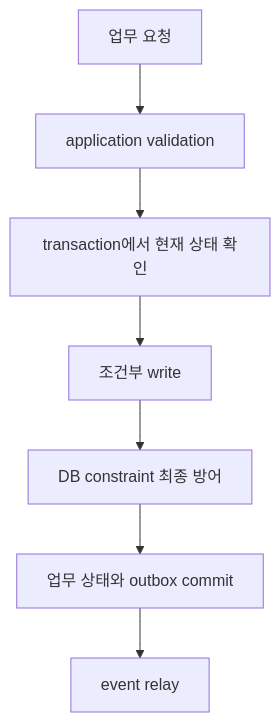
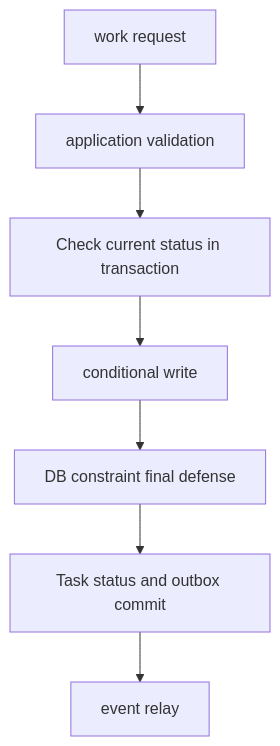
Before and after one commit to nohdol97/nohdol-study: the diagram in docs-site/content/backend-engineering/02-domain-data-transaction.md, drawn with Mermaid. The commit also changed other lines of this file and 116 other files, not shown here.

````diff
--- a/docs-site/content/backend-engineering/02-domain-data-transaction.md
+++ b/docs-site/content/backend-engineering/02-domain-data-transaction.md
@@ -31,9 +31,9 @@
 ```mermaid
 flowchart TD
-    R[업무 요청] --> V[application validation]
-    V --> T[transaction에서 현재 상태 확인]
-    T --> W[조건부 write]
-    W --> C[DB constraint 최종 방어]
-    C --> O[업무 상태와 outbox commit]
+    R[work request] --> V[application validation]
+    V --> T[Check current status in transaction]
+    T --> W[conditional write]
+    W --> C[DB constraint final defense]
+    C --> O[Task status and outbox commit]
     O --> P[event relay]
 ```
````
